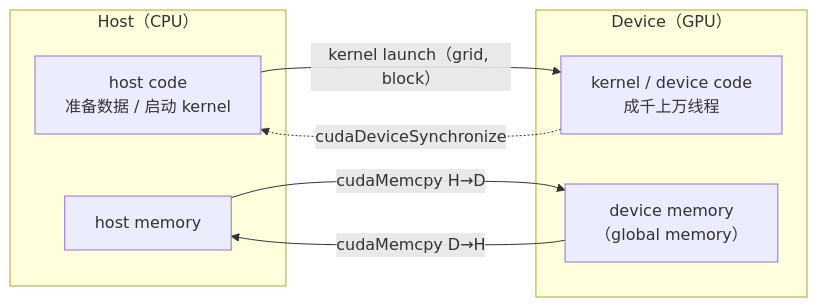
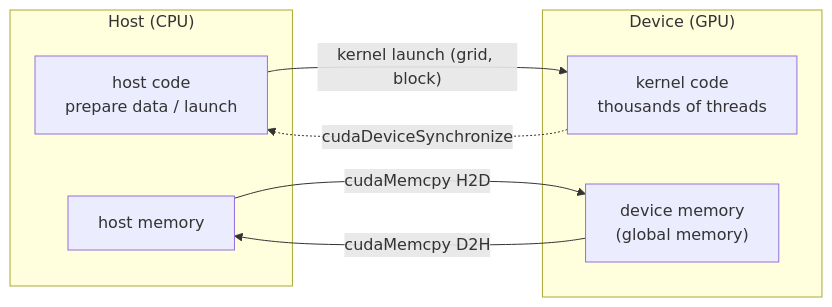
The first of 3 diagrams in Artificial_Intelligence/CUDA/学习笔记/C01 Introduction.md (Korotomx/STD), drawn with Mermaid before and after one commit. The commit also changed other lines of this file and 173 other files, not shown here.

````diff
--- a/Artificial_Intelligence/CUDA/学习笔记/C01 Introduction.md
+++ b/Artificial_Intelligence/CUDA/学习笔记/C01 Introduction.md
@@ -85,15 +25,15 @@
 ```mermaid
 flowchart LR
-    subgraph HOST["Host（CPU）"]
-        HC["host code<br/>准备数据 / 启动 kernel"]
+    subgraph HOST["Host (CPU)"]
+        HC["host code<br/>prepare data / launch"]
         HM["host memory"]
     end
-    subgraph DEV["Device（GPU）"]
-        DC["kernel / device code<br/>成千上万线程"]
-        DM["device memory<br/>（global memory）"]
+    subgraph DEV["Device (GPU)"]
+        DC["kernel code<br/>thousands of threads"]
+        DM["device memory<br/>(global memory)"]
     end
-    HM -- "cudaMemcpy H→D" --> DM
-    HC -- "kernel launch（grid, block）" --> DC
-    DM -- "cudaMemcpy D→H" --> HM
+    HM -- "cudaMemcpy H2D" --> DM
+    HC -- "kernel launch (grid, block)" --> DC
+    DM -- "cudaMemcpy D2H" --> HM
     DC -. "cudaDeviceSynchronize" .-> HC
 ```
````
